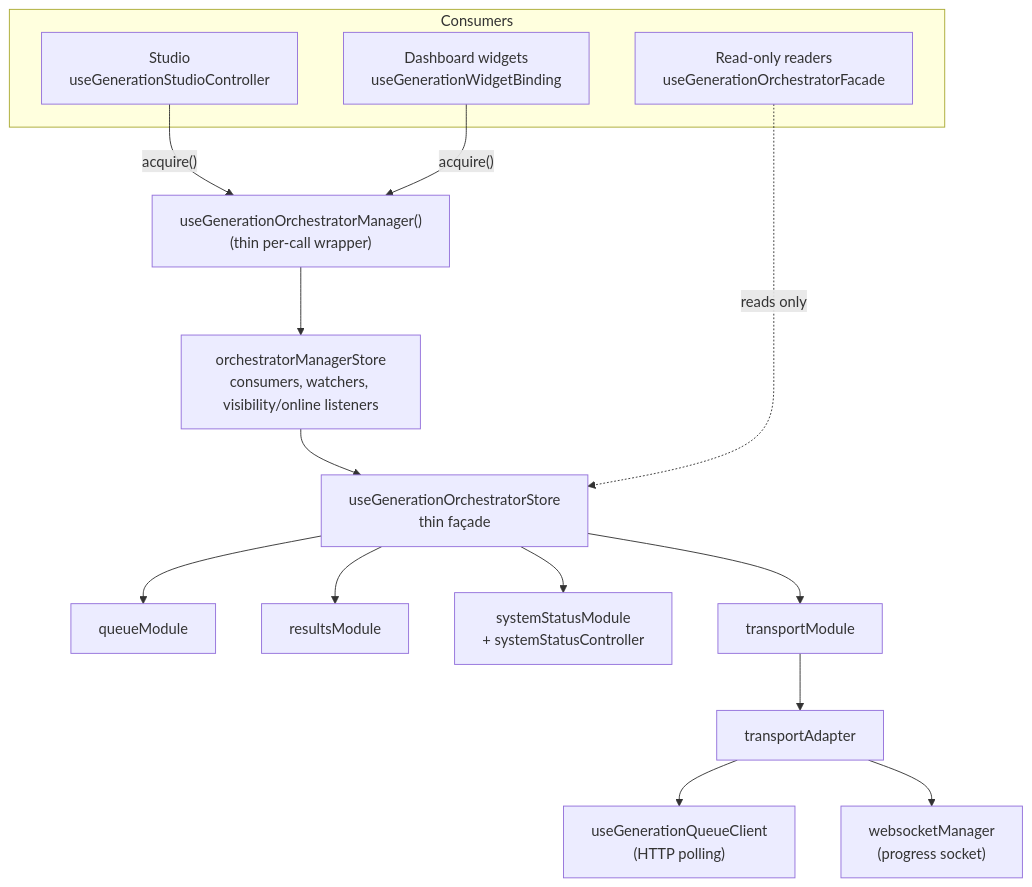
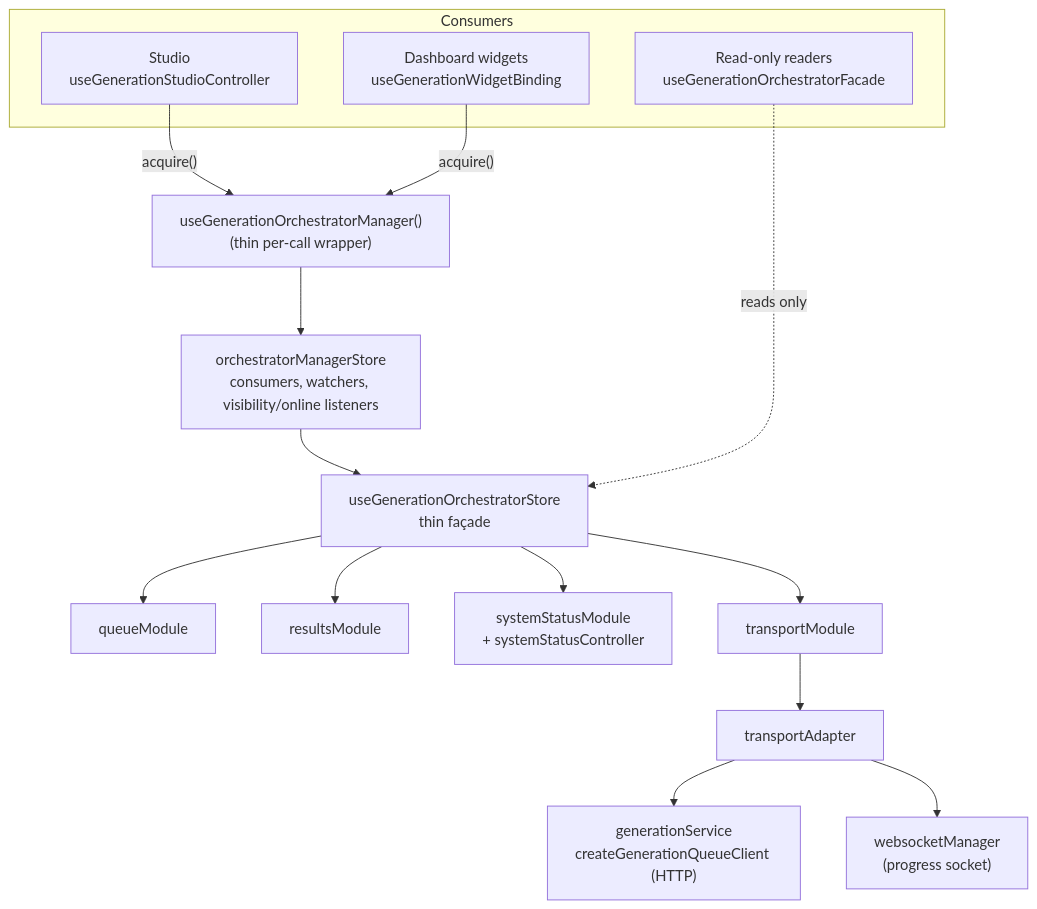
Before and after one commit to JoseStud/LoraAPIBackend: the diagram in docs/wiki/Frontend.md, drawn with Mermaid. The commit also changed other lines of this file and 19 other files, not shown here.

First line of the commit message:
refactor(generation): give the transport one typed HTTP client

````diff
--- a/docs/wiki/Frontend.md
+++ b/docs/wiki/Frontend.md
@@ -77,27 +77,27 @@
 ```mermaid
 flowchart TD
     subgraph Consumers
       Studio["Studio<br/>useGenerationStudioController"]
       Widget["Dashboard widgets<br/>useGenerationWidgetBinding"]
       Reader["Read-only readers<br/>useGenerationOrchestratorFacade"]
     end
     Manager["useGenerationOrchestratorManager()<br/>(thin per-call wrapper)"]
     MStore["orchestratorManagerStore<br/>consumers, watchers, visibility/online listeners"]
     OStore["useGenerationOrchestratorStore<br/>thin façade"]
     Q["queueModule"]
     Res["resultsModule"]
     Sys["systemStatusModule<br/>+ systemStatusController"]
     T["transportModule"]
     A["transportAdapter"]
-    HTTP["useGenerationQueueClient<br/>(HTTP polling)"]
+    HTTP["generationService<br/>createGenerationQueueClient (HTTP)"]
     WS["websocketManager<br/>(progress socket)"]
 
     Studio -- "acquire()" --> Manager
     Widget -- "acquire()" --> Manager
     Manager --> MStore
     MStore --> OStore
     Reader -. "reads only" .-> OStore
     OStore --> Q & Res & Sys & T
     T --> A
     A --> HTTP & WS
 ```
````
